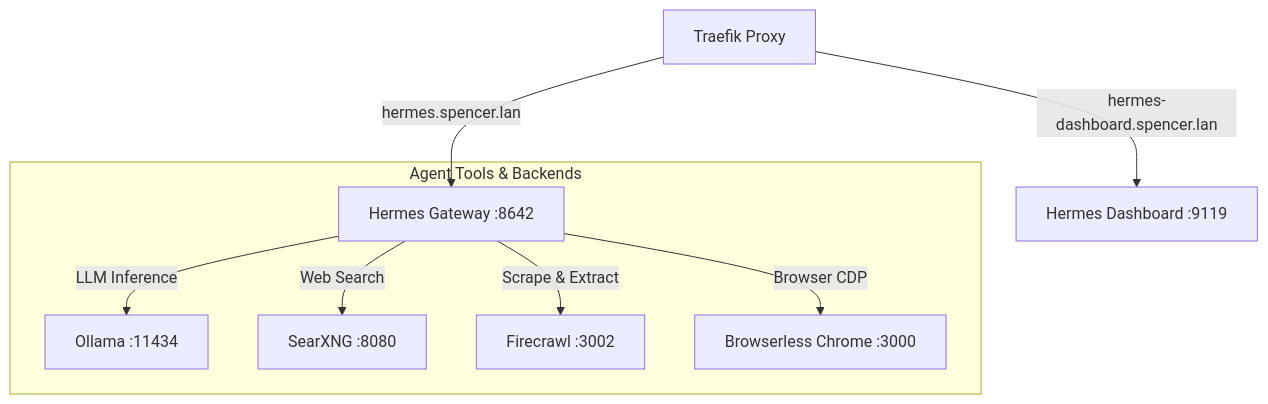
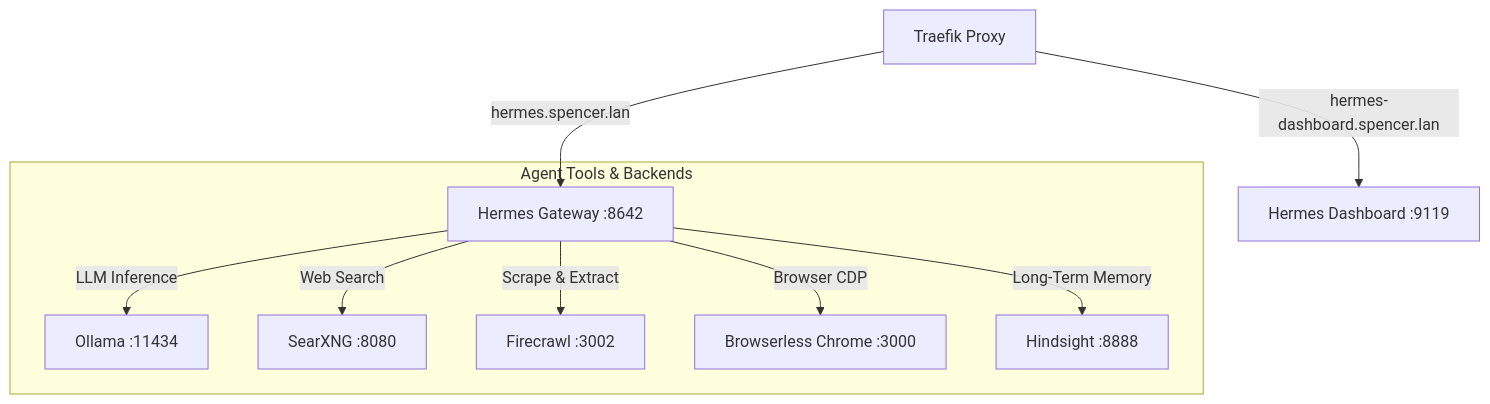
One commit to jamesbspencer/homelab changed the diagram in docs/hermes.md. Above: the diagram before and after it, drawn with Mermaid. The commit also changed other lines of this file and 11 other files, not shown here.

First line of the commit message:
feat(hindsight): integrate Hindsight long-term memory engine and Hermes memory backend

````diff
--- a/docs/hermes.md
+++ b/docs/hermes.md
@@ -21,12 +21,13 @@
 ```mermaid
 graph TD
     Traefik[Traefik Proxy] -->|hermes.spencer.lan| Gateway[Hermes Gateway :8642]
     Traefik -->|hermes-dashboard.spencer.lan| Dashboard[Hermes Dashboard :9119]
     
     subgraph Agent Tools & Backends
         Gateway -->|LLM Inference| Ollama[Ollama :11434]
         Gateway -->|Web Search| SearXNG[SearXNG :8080]
         Gateway -->|Scrape & Extract| Firecrawl[Firecrawl :3002]
         Gateway -->|Browser CDP| Browserless[Browserless Chrome :3000]
+        Gateway -->|Long-Term Memory| Hindsight[Hindsight :8888]
     end
 ```
````
